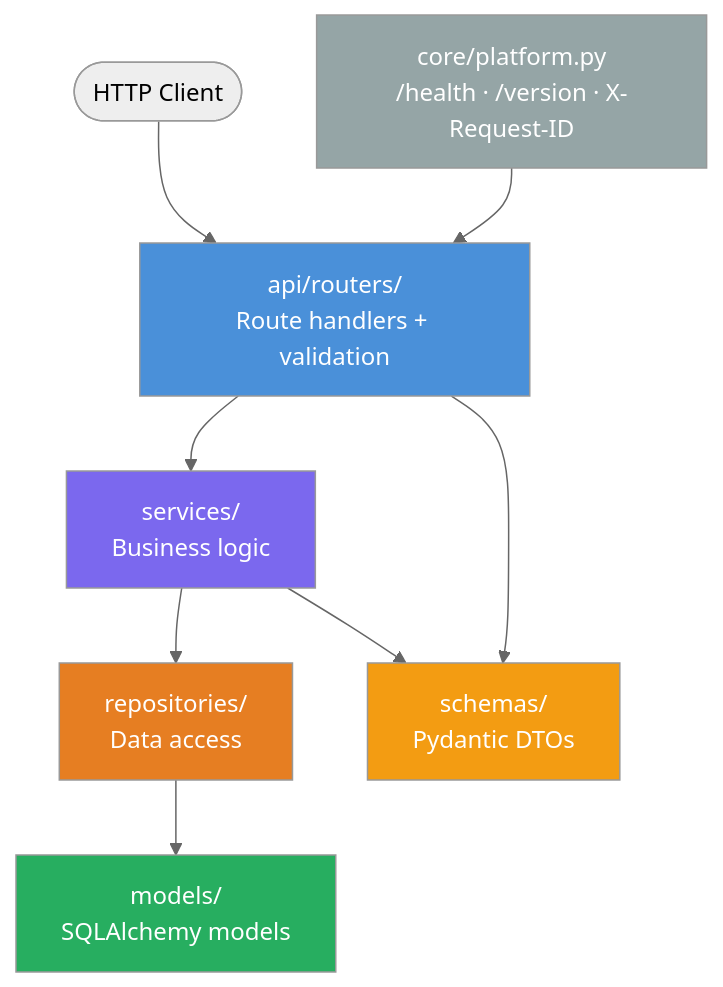
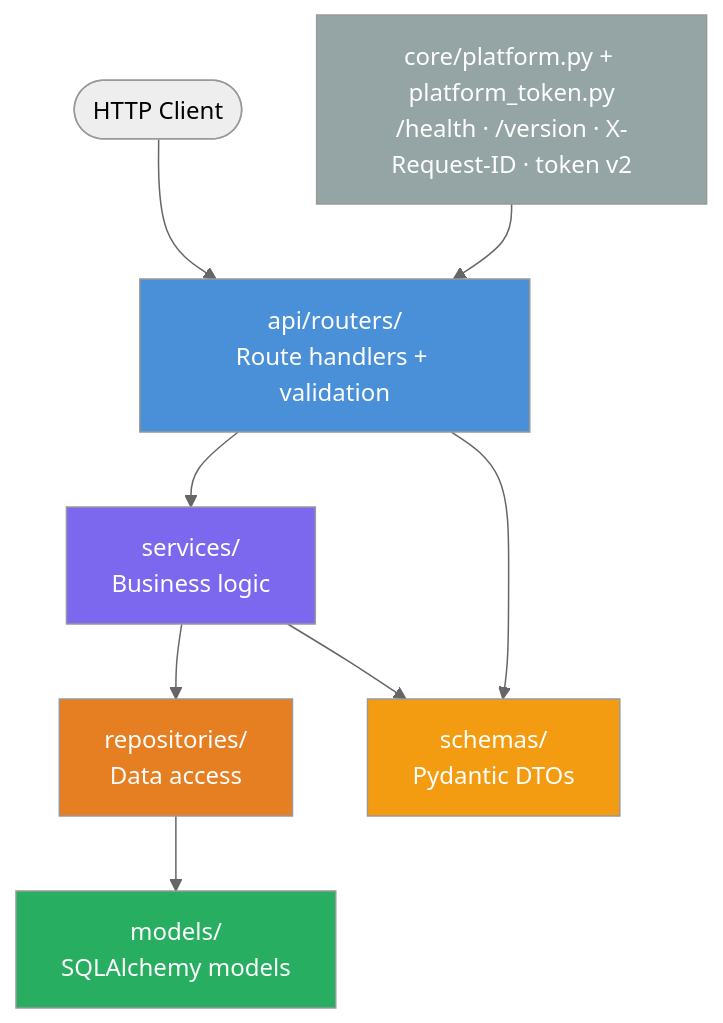
Before and after one commit to Abdul-Muizz1310/feathers: the third of 4 diagrams in README.md, drawn with Mermaid (neutral theme). The commit also changed other lines of this file and 9 other files, not shown here.

````diff
--- a/README.md
+++ b/README.md
@@ -105,17 +108,17 @@
 ```mermaid
 flowchart TD
     Client([HTTP Client]) --> Router[api/routers/<br/>Route handlers + validation]
     Router --> Service[services/<br/>Business logic]
     Service --> Repo[repositories/<br/>Data access]
     Repo --> Model[models/<br/>SQLAlchemy models]
     Router --> Schema[schemas/<br/>Pydantic DTOs]
     Service --> Schema
-    Platform[core/platform.py<br/>/health · /version · X-Request-ID] --> Router
+    Platform[core/platform.py + platform_token.py<br/>/health · /version · X-Request-ID · token v2] --> Router
 
     style Router fill:#4A90D9,color:#fff
     style Service fill:#7B68EE,color:#fff
     style Repo fill:#E67E22,color:#fff
     style Model fill:#27AE60,color:#fff
     style Schema fill:#F39C12,color:#fff
     style Platform fill:#95A5A6,color:#fff
 ```
````
